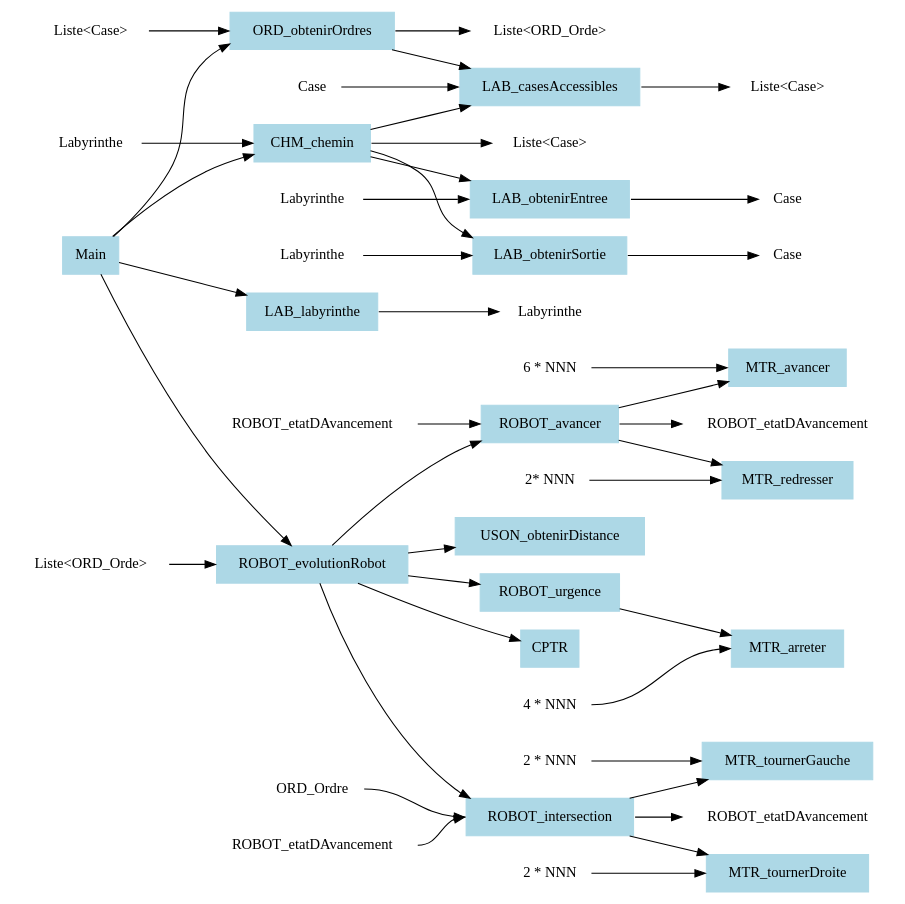
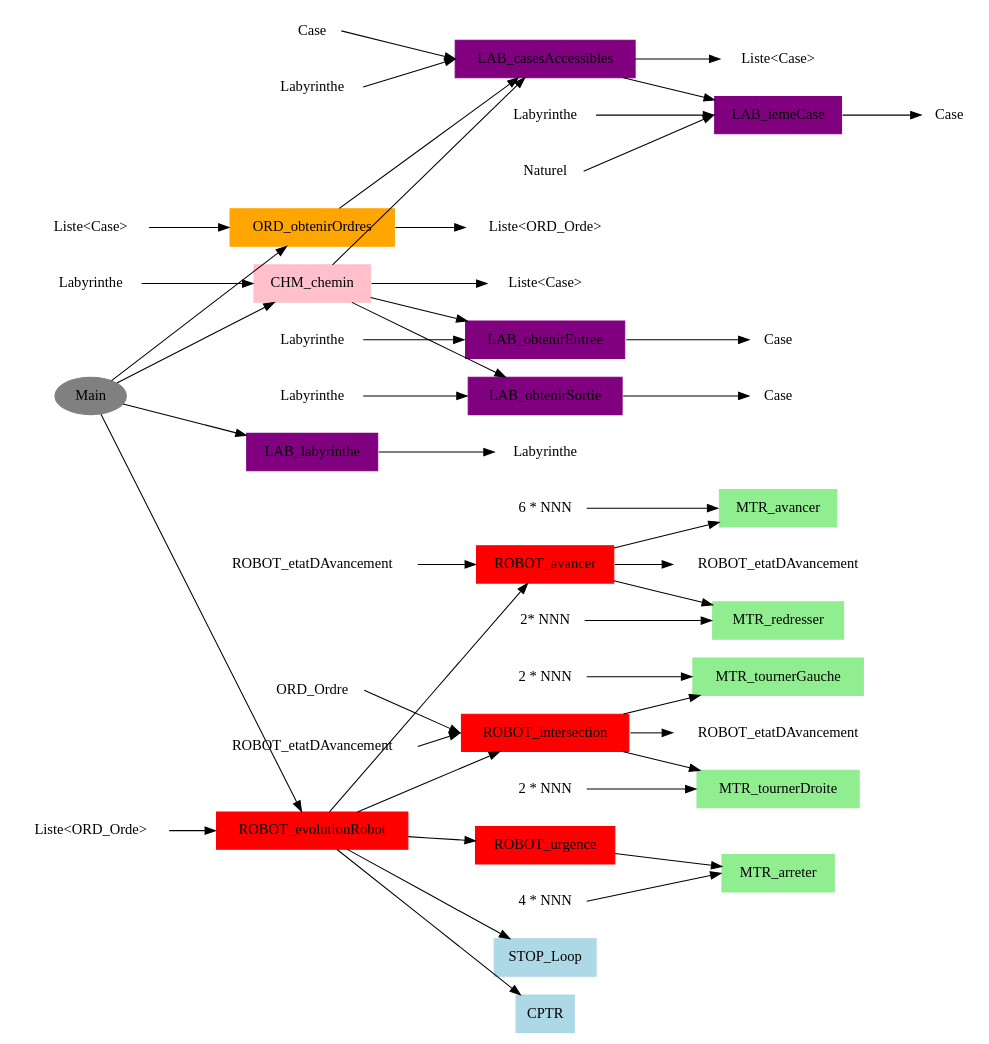
The diagram in Rapport/analyseD.dot (linavanille/projet-smartrobot), drawn with Graphviz before and after one commit.

Commit message:
#8 finition sur representation de l'analyse

```diff
--- a/Rapport/analyseD.dot
+++ b/Rapport/analyseD.dot
@@ -1,106 +1,132 @@
 digraph TopDownAnalysis {
     rankdir=LR; // Orientation top-down
-    //splines=false; // Force straight arrows
+    splines=false; // Force straight arrows
     node [shape=box, style=filled, color=lightblue]; // Style des noeuds
 
     // Tâche principale
     "Main" -> {"LAB_labyrinthe" "CHM_chemin" "ORD_obtenirOrdres" "ROBOT_evolutionRobot" };
 
         //LAB_labyrinthe
         "LAB_labyrinthe";
         sortie_lab [label="Labyrinthe"]
         "LAB_labyrinthe":e -> sortie_lab:w; // Sortie
 
         //CHM_chemin 
         "CHM_chemin" -> { "LAB_casesAccessibles" "LAB_obtenirEntree" "LAB_obtenirSortie"};
         entree_chm [label= "Labyrinthe"]
         entree_chm:e -> "CHM_chemin":w; // Entree
         sortie_chm [label="Liste<Case>"]
         "CHM_chemin":e -> sortie_chm:w; // Sortie
 
             //casesAccessibles 
-            "LAB_casesAccessibles";
-            entree_CA [label= "Case"]
-            entree_CA:e -> "LAB_casesAccessibles":w; // Entree
+            "LAB_casesAccessibles" -> {"LAB_iemeCase"};
+            entree_CA1 [label= "Labyrinthe"]
+            entree_CA1:e -> "LAB_casesAccessibles":w; // Entree
+            entree_CA2 [label= "Case"]
+            entree_CA2:e -> "LAB_casesAccessibles":w; // Entree
             sortie_CA [label="Liste<Case>"]
             "LAB_casesAccessibles":e -> sortie_CA:w; // Sortie
+
+                //casesAccessibles 
+                "LAB_iemeCase";
+                entree_iC1 [label= "Labyrinthe"]
+                entree_iC1:e -> "LAB_iemeCase":w; // Entree
+                entree_iC2 [label= "Naturel"]
+                entree_iC2:e -> "LAB_iemeCase":w; // Entree
+                sortie_iC [label="Case"]
+                "LAB_iemeCase":e -> sortie_iC:w; // Sortie
 
             //obtenirEntree 
             "LAB_obtenirEntree";
             entree_oE [label= "Labyrinthe"]
             entree_oE:e -> "LAB_obtenirEntree":w; // Entree
             sortie_oE [label="Case"]
             "LAB_obtenirEntree":e -> sortie_oE:w; // Sortie
 
             //obtenirSortie 
             "LAB_obtenirSortie";
             entree_oS [label= "Labyrinthe"]
             entree_oS:e -> "LAB_obtenirSortie":w; // Entree
             sortie_oS [label="Case"]
             "LAB_obtenirSortie":e -> sortie_oS:w; // Sortie
         
         //ORD_obtenirOrdres
         "ORD_obtenirOrdres" -> { "LAB_casesAccessibles"};
         entree_oOrd [label= "Liste<Case>"]
         entree_oOrd:e -> "ORD_obtenirOrdres":w; // Entree
         sortie_oOrd [label="Liste<ORD_Orde>"]
         "ORD_obtenirOrdres":e -> sortie_oOrd:w; // Sortie
 
         //ROBOT_evolutionRobot
-        "ROBOT_evolutionRobot" -> { "ROBOT_avancer" "ROBOT_intersection" "ROBOT_urgence" "USON_obtenirDistance" "CPTR"};
+        "ROBOT_evolutionRobot" -> { "ROBOT_avancer" "ROBOT_intersection" "ROBOT_urgence" "STOP_Loop" "CPTR"};
         entree_eR [label= "Liste<ORD_Orde>"]
         entree_eR:e -> "ROBOT_evolutionRobot":w; // Entree
 
             //ROBOT_avancer
             "ROBOT_avancer" -> {"MTR_avancer" "MTR_redresser"};
             entree_Ra [label= "ROBOT_etatDAvancement"]
             entree_Ra:e -> "ROBOT_avancer":w; // Entree
             sortie_Ra [label="ROBOT_etatDAvancement"]
             "ROBOT_avancer":e -> sortie_Ra:w; // Sortie
 
                 //MTR_avancer
                 "MTR_avancer";
                 entree_Mav [label= "6 * NNN"]
                 entree_Mav:e -> "MTR_avancer":w; // Entree
 
                 //MTR_redresser
                 "MTR_redresser";
                 entree_Mr [label= "2* NNN"]
                 entree_Mr:e -> "MTR_redresser":w; // Entree
 
             //ROBOT_intersection
             "ROBOT_intersection" -> {"MTR_tournerGauche" "MTR_tournerDroite"};
             entree_Ri1 [label= "ROBOT_etatDAvancement"]
             entree_Ri1:e -> "ROBOT_intersection":w; // Entree
             entree_Ri2 [label= "ORD_Ordre"]
             entree_Ri2:e -> "ROBOT_intersection":w; // Entree
             sortie_Ri [label="ROBOT_etatDAvancement"]
             "ROBOT_intersection":e -> sortie_Ri:w; // Sortie
 
                 //MTR_tournerGauche
                 "MTR_tournerGauche";
                 entree_MtG [label= "2 * NNN"]
                 entree_MtG:e -> "MTR_tournerGauche":w; // Entree
 
                 //MTR_tournerDroite
                 "MTR_tournerDroite";
                 entree_MtD [label= "2 * NNN"]
                 entree_MtD:e -> "MTR_tournerDroite":w; // Entree
 
             //ROBOT_urgence
             "ROBOT_urgence" -> {"MTR_arreter"};
 
                 //MTR_arreter
                 "MTR_arreter";
                 entree_Mar [label= "4 * NNN"]
                 entree_Mar:e -> "MTR_arreter":w; // Entree
             
+    //Style Main
+    Main [shape = ellipse, color = gray]
 
+    //Style Labyrinthe
+    LAB_casesAccessibles, LAB_iemeCase, LAB_obtenirEntree, LAB_obtenirSortie, LAB_labyrinthe [shape = box, color= purple]
                 
+    //Style Ordre 
+    ORD_obtenirOrdres [shape = box, color = orange]
+
+    //Style Chemin 
+    CHM_chemin [shape = box, color = pink]
+
+    //Style Moteur
+    MTR_arreter, MTR_avancer, MTR_redresser, MTR_tournerDroite, MTR_tournerGauche [shape=box, color = lightgreen]
+
+    //Style Robot
+    ROBOT_avancer, ROBOT_evolutionRobot, ROBOT_intersection, ROBOT_urgence [shape = box, color = red]
 
     // Styles spécifiques pour Entrées/Sorties
-    entree_chm, entree_CA, entree_oE, entree_oS, entree_oOrd, entree_eR, entree_Ra, entree_Mav, entree_Mr, entree_Ri1, entree_Ri2, entree_MtD, entree_MtG, entree_Mar [shape=none, color=none];
-    sortie_lab, sortie_chm, sortie_CA, sortie_oE, sortie_oS, sortie_oOrd, sortie_Ra, sortie_Ri [shape=none, color=none];
+    entree_chm, entree_CA1, entree_CA2, entree_iC1, entree_iC2, entree_oE, entree_oS, entree_oOrd, entree_eR, entree_Ra, entree_Mav, entree_Mr, entree_Ri1, entree_Ri2, entree_MtD, entree_MtG, entree_Mar [shape=none, color=none];
+    sortie_lab, sortie_chm, sortie_CA, sortie_iC, sortie_oE, sortie_oS, sortie_oOrd, sortie_Ra, sortie_Ri [shape=none, color=none];
     
 
 }
```
